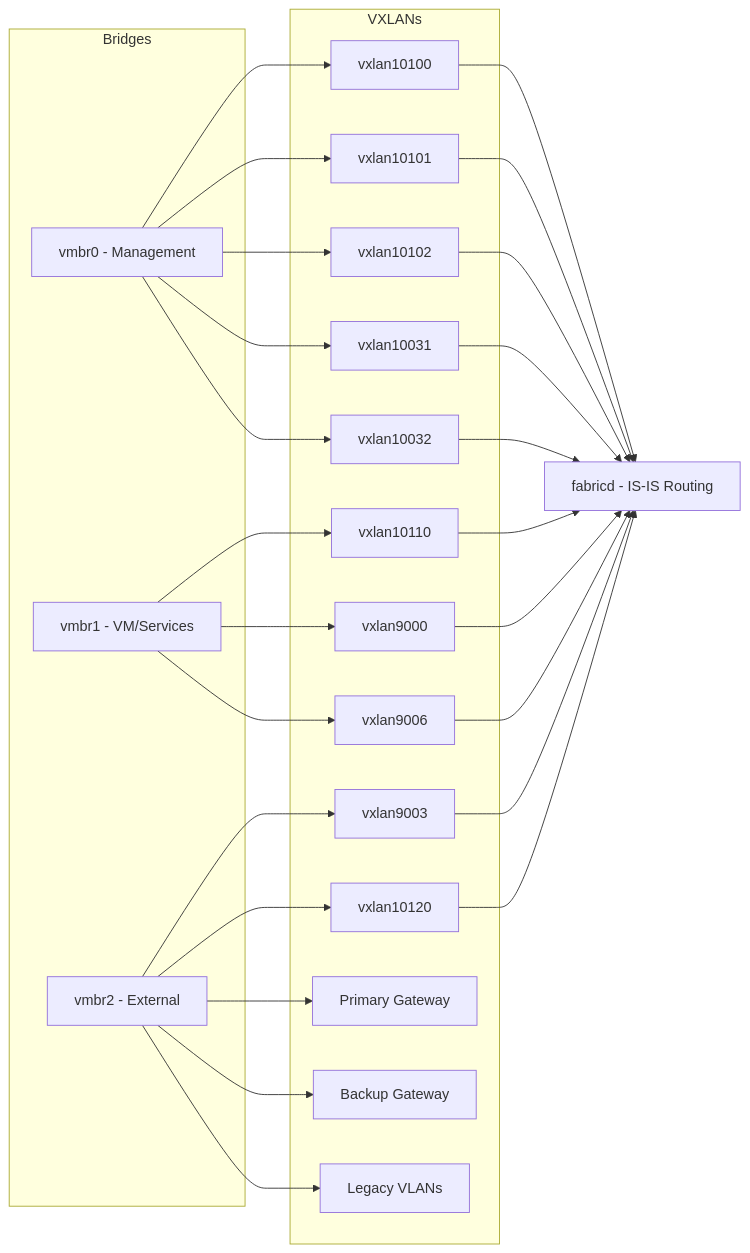
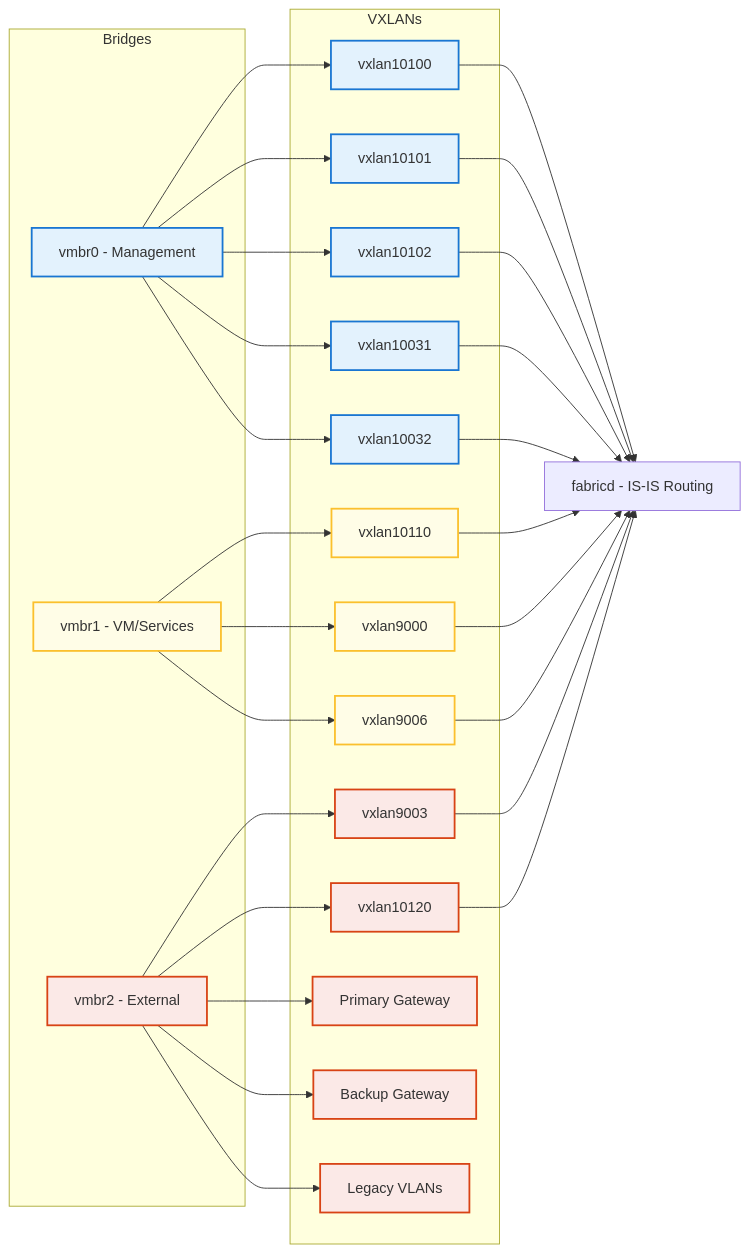
The first of 4 diagrams in README.md (CEP-Comwell/proxmox_addons), drawn with Mermaid before and after one commit.

Commit message:
color codes

````diff
--- a/README.md
+++ b/README.md
@@ -18,47 +18,55 @@
 ```mermaid
 graph LR
 subgraph Bridges
 	MgmtBridge[vmbr0 - Management]
 	VMBridge[vmbr1 - VM/Services]
 	ExtBridge[vmbr2 - External]
 end
 subgraph VXLANs
 	VX10100[vxlan10100]
 	VX10101[vxlan10101]
 	VX10102[vxlan10102]
 	VXCEPH2[vxlan10031]
 	VX10032[vxlan10032]
 	VX10110[vxlan10110]
 	VX9000[vxlan9000]
 	VX9006[vxlan9006]
 	VX9003[vxlan9003]
 	VX10120[vxlan10120]
 	Gateway1[Primary Gateway]
 	Gateway2[Backup Gateway]
 	LegacyVLAN[Legacy VLANs]
 end
 Fabricd[fabricd - IS-IS Routing]
 MgmtBridge --> VX10100
 MgmtBridge --> VX10101
 MgmtBridge --> VX10102
 MgmtBridge --> VXCEPH2
 MgmtBridge --> VX10032
 VMBridge --> VX10110
 VMBridge --> VX9000
 VMBridge --> VX9006
 ExtBridge --> VX9003
 ExtBridge --> VX10120
 ExtBridge --> Gateway1
 ExtBridge --> Gateway2
 ExtBridge --> LegacyVLAN
 VX10100 --> Fabricd
 VX10101 --> Fabricd
 VX10102 --> Fabricd
 VX10110 --> Fabricd
 VX9000 --> Fabricd
 VX9006 --> Fabricd
 VX9003 --> Fabricd
 VX10120 --> Fabricd
 VXCEPH2 --> Fabricd
 VX10032 --> Fabricd
+
+%% Color coding
+classDef mgmt fill:#e3f2fd,stroke:#1976d2,stroke-width:2px;
+classDef vm fill:#fffde7,stroke:#fbc02d,stroke-width:2px;
+classDef ext fill:#fbe9e7,stroke:#d84315,stroke-width:2px;
+class MgmtBridge,VX10100,VX10101,VX10102,VXCEPH2,VX10032 mgmt;
+class VMBridge,VX10110,VX9000,VX9006 vm;
+class ExtBridge,Gateway1,Gateway2,LegacyVLAN,VX9003,VX10120 ext;
 ```
````
